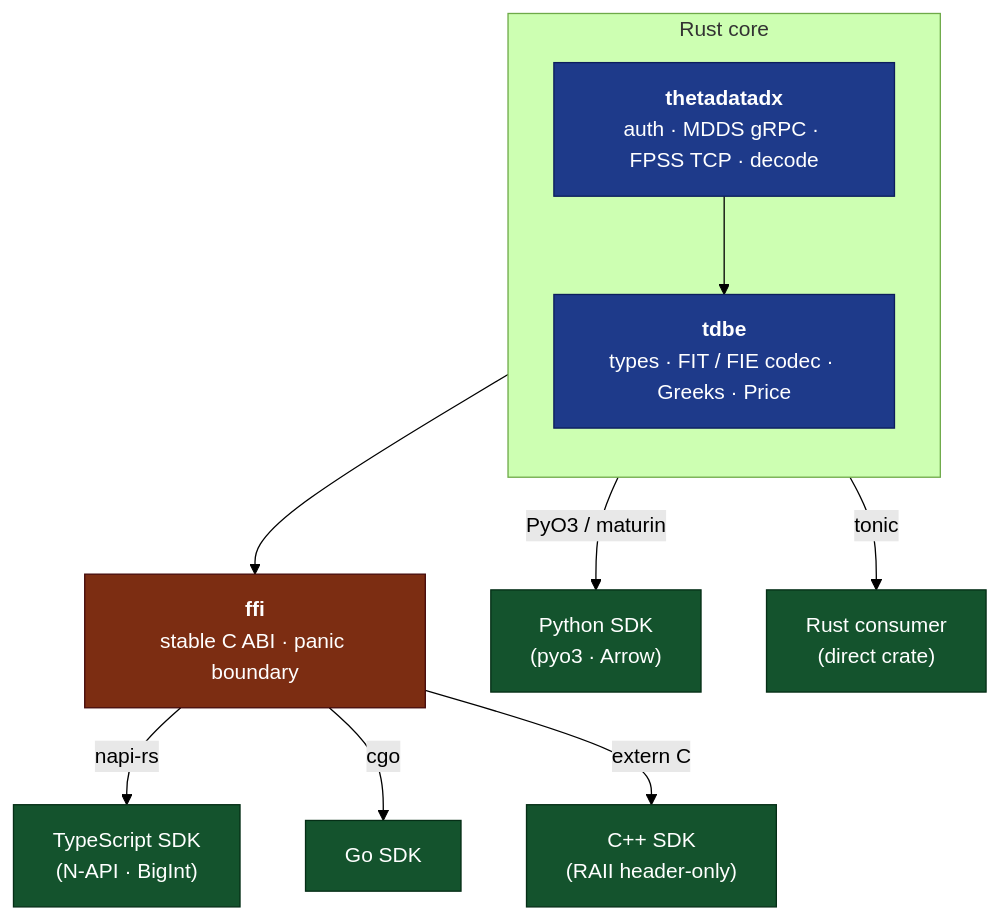
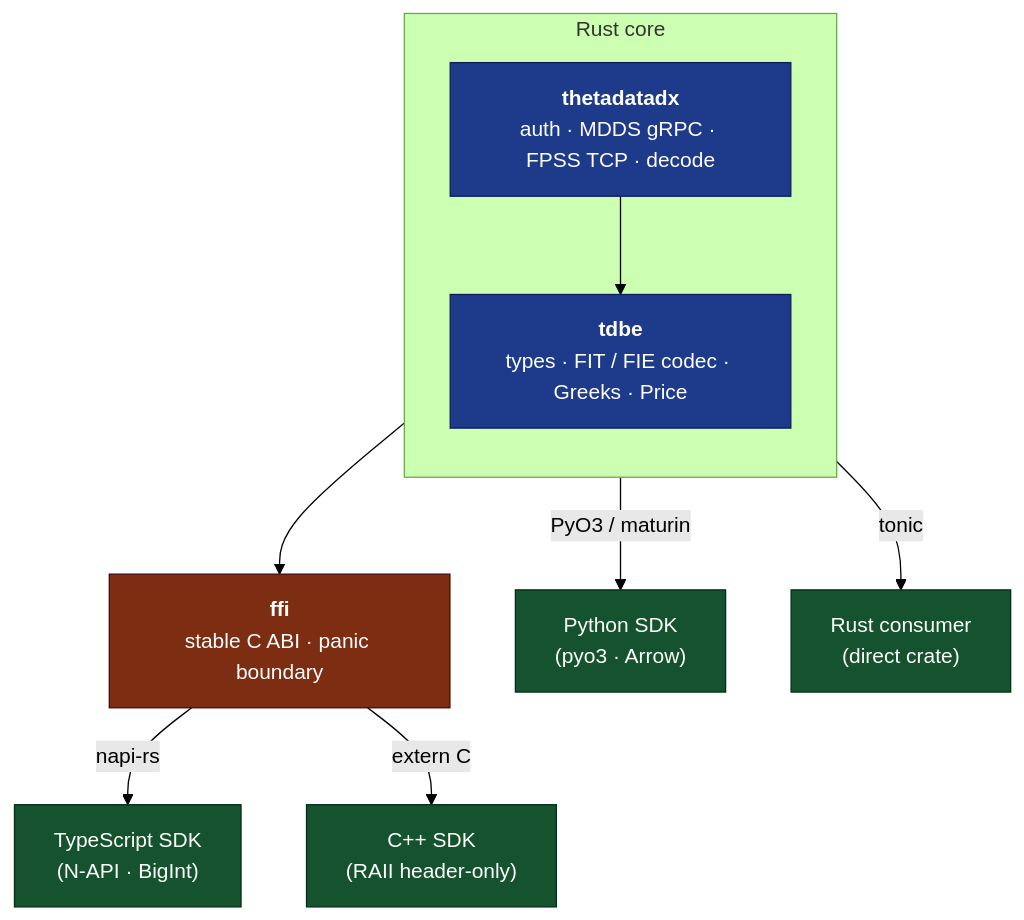
One commit to userFRM/ThetaDataDx changed the diagram in README.md. Above: the diagram before and after it, drawn with Mermaid (forest theme). The commit also changed other lines of this file and 105 other files, not shown here.

````diff
--- a/README.md
+++ b/README.md
@@ -191,25 +165,24 @@
 ```mermaid
 flowchart TB
     subgraph core["Rust core"]
         direction TB
         thetadatadx["<b>thetadatadx</b><br/>auth · MDDS gRPC · FPSS TCP · decode"]
         tdbe["<b>tdbe</b><br/>types · FIT / FIE codec · Greeks · Price"]
         thetadatadx --> tdbe
     end
 
     ffi["<b>ffi</b><br/>stable C ABI · panic boundary"]
     core --> ffi
 
     core -->|PyO3 / maturin| python["Python SDK<br/>(pyo3 · Arrow)"]
     ffi -->|napi-rs| ts["TypeScript SDK<br/>(N-API · BigInt)"]
-    ffi -->|cgo| go["Go SDK"]
     ffi -->|extern C| cpp["C++ SDK<br/>(RAII header-only)"]
     core -->|tonic| rust["Rust consumer<br/>(direct crate)"]
 
     classDef coreStyle fill:#1e3a8a,stroke:#0c1e5c,color:#fff
     classDef ffiStyle fill:#7c2d12,stroke:#450a0a,color:#fff
     classDef sdkStyle fill:#14532d,stroke:#052e16,color:#fff
     class thetadatadx,tdbe coreStyle
     class ffi ffiStyle
-    class python,ts,go,cpp,rust sdkStyle
+    class python,ts,cpp,rust sdkStyle
 ```
````
